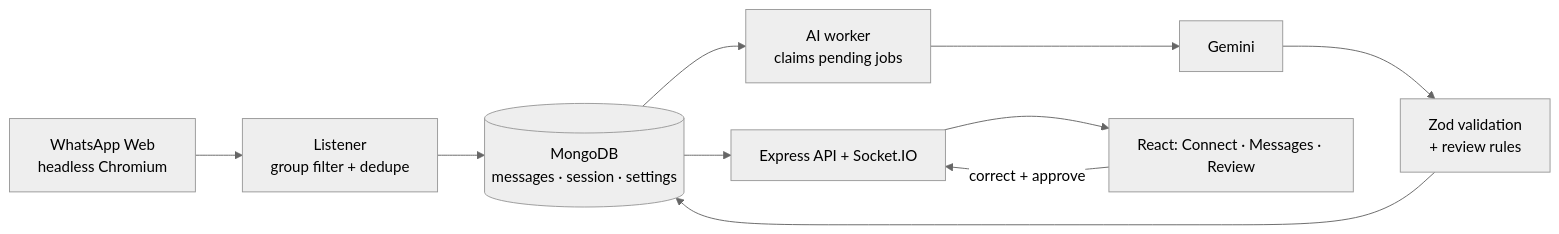
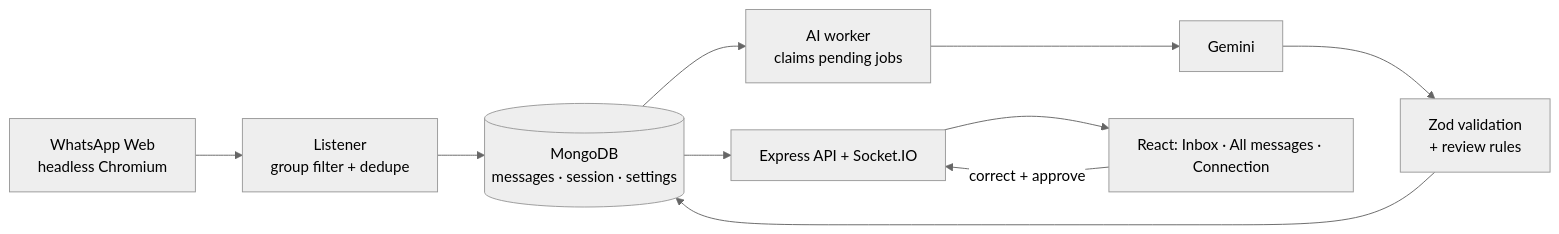
One commit to karthikeyagullapudi/whatsapp-message-intelligence changed the diagram in README.md. Above: the diagram before and after it, drawn with Mermaid (neutral theme). The commit also changed other lines of this file and 88 other files, not shown here.

````diff
--- a/README.md
+++ b/README.md
@@ -7,12 +7,12 @@
 ```mermaid
 flowchart LR
   WA[WhatsApp Web<br/>headless Chromium] --> L[Listener<br/>group filter + dedupe]
   L --> DB[(MongoDB<br/>messages · session · settings)]
   DB --> W[AI worker<br/>claims pending jobs]
   W --> G[Gemini]
   G --> V[Zod validation<br/>+ review rules]
   V --> DB
   DB --> API[Express API + Socket.IO]
-  API --> UI[React: Connect · Messages · Review]
+  API --> UI[React: Inbox · All messages · Connection]
   UI -->|correct + approve| API
 ```
````
